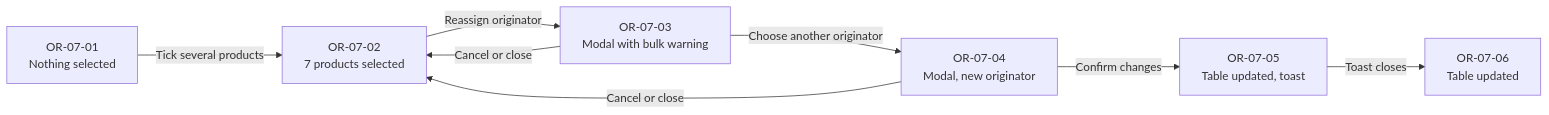
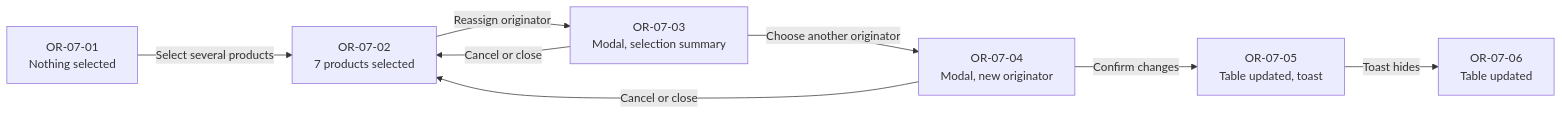
One commit to OGI-Product-Design/buckholt-ai changed the seventh of 11 diagrams in Originators/originators-spec.md. Above: the diagram before and after it, drawn with Mermaid. The commit also changed other lines of this file, not shown here.

````diff
--- a/Originators/originators-spec.md
+++ b/Originators/originators-spec.md
@@ -616,10 +650,10 @@
 ```mermaid
 flowchart LR
-  A[OR-07-01<br/>Nothing selected] -->|Tick several products| B[OR-07-02<br/>7 products selected]
-  B -->|Reassign originator| C[OR-07-03<br/>Modal with bulk warning]
+  A[OR-07-01<br/>Nothing selected] -->|Select several products| B[OR-07-02<br/>7 products selected]
+  B -->|Reassign originator| C[OR-07-03<br/>Modal, selection summary]
   C -->|Choose another originator| D[OR-07-04<br/>Modal, new originator]
   D -->|Confirm changes| E[OR-07-05<br/>Table updated, toast]
-  E -->|Toast closes| F[OR-07-06<br/>Table updated]
+  E -->|Toast hides| F[OR-07-06<br/>Table updated]
   C -->|Cancel or close| B
   D -->|Cancel or close| B
 ```
````
